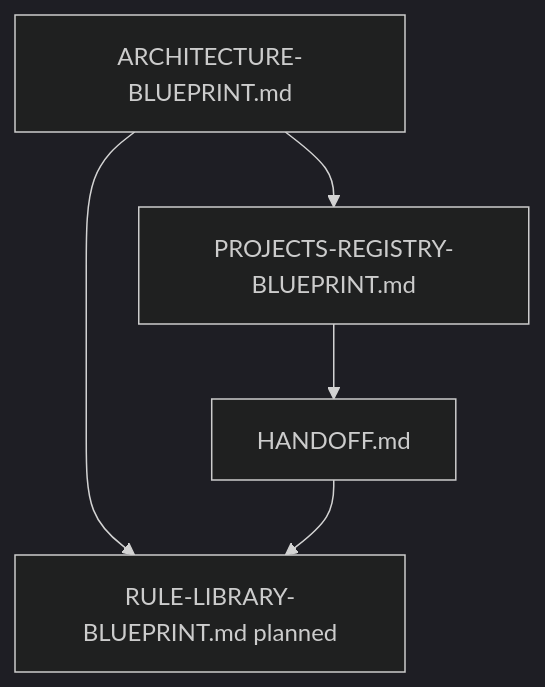
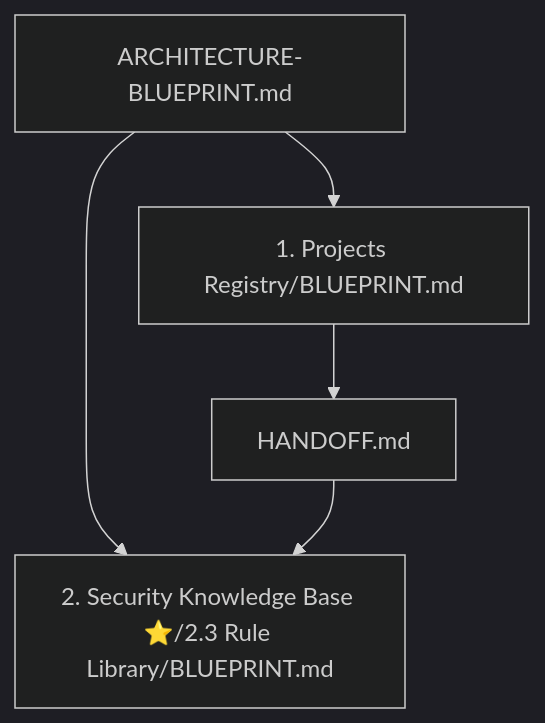
The first of 4 diagrams in Application Security Review Platform (ASRP)/ARCHITECTURE-BLUEPRINT.md (sonbkt303/ASRP-Workspace), drawn with Mermaid (dark theme) before and after one commit. The commit also changed other lines of this file and 31 other files, not shown here.

Commit message:
docs: initialize architecture blueprint, agent documentation, and project handoff files

````diff
--- a/Application Security Review Platform (ASRP)/ARCHITECTURE-BLUEPRINT.md
+++ b/Application Security Review Platform (ASRP)/ARCHITECTURE-BLUEPRINT.md
@@ -18,11 +18,11 @@
 ```mermaid
 flowchart TB
     ArchBP[ARCHITECTURE-BLUEPRINT.md]
-    L1BP[PROJECTS-REGISTRY-BLUEPRINT.md]
-    L2BP[RULE-LIBRARY-BLUEPRINT.md planned]
+    L1BP[1. Projects Registry/BLUEPRINT.md]
+    L2BP[2. Security Knowledge Base ⭐/2.3 Rule Library/BLUEPRINT.md]
     Handoff[HANDOFF.md]
     ArchBP --> L1BP
     ArchBP --> L2BP
     L1BP --> Handoff
     Handoff --> L2BP
 ```
````
